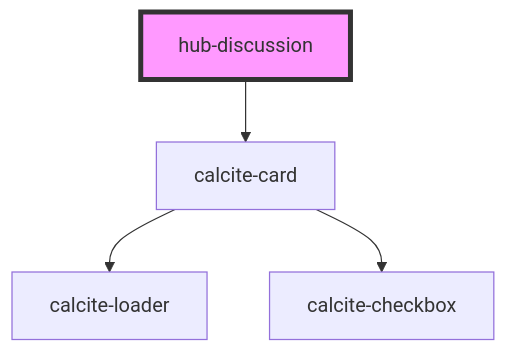
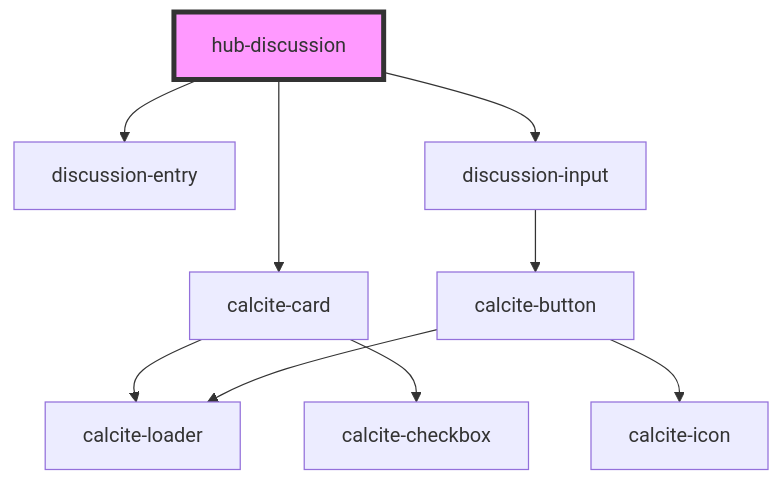
Before and after one commit to esridc/hub-components-experiments: the diagram in src/components/hub-discussion/readme.md, drawn with Mermaid. The commit also changed other lines of this file and 10 other files, not shown here.

````diff
--- a/src/components/hub-discussion/readme.md
+++ b/src/components/hub-discussion/readme.md
@@ -35,7 +44,12 @@
 ```mermaid
 graph TD;
   hub-discussion --> calcite-card
+  hub-discussion --> discussion-entry
+  hub-discussion --> discussion-input
   calcite-card --> calcite-loader
   calcite-card --> calcite-checkbox
+  discussion-input --> calcite-button
+  calcite-button --> calcite-loader
+  calcite-button --> calcite-icon
   style hub-discussion fill:#f9f,stroke:#333,stroke-width:4px
 ```
````
